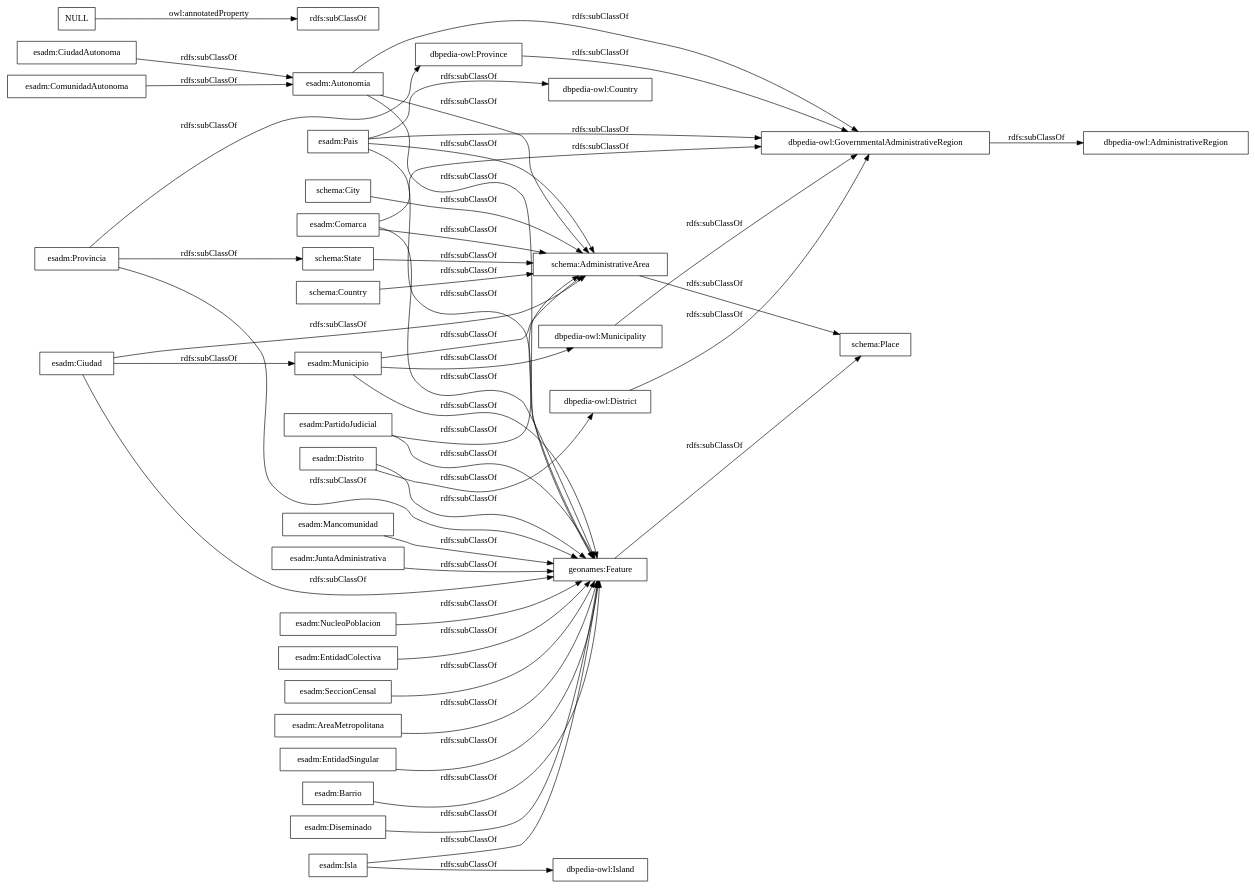
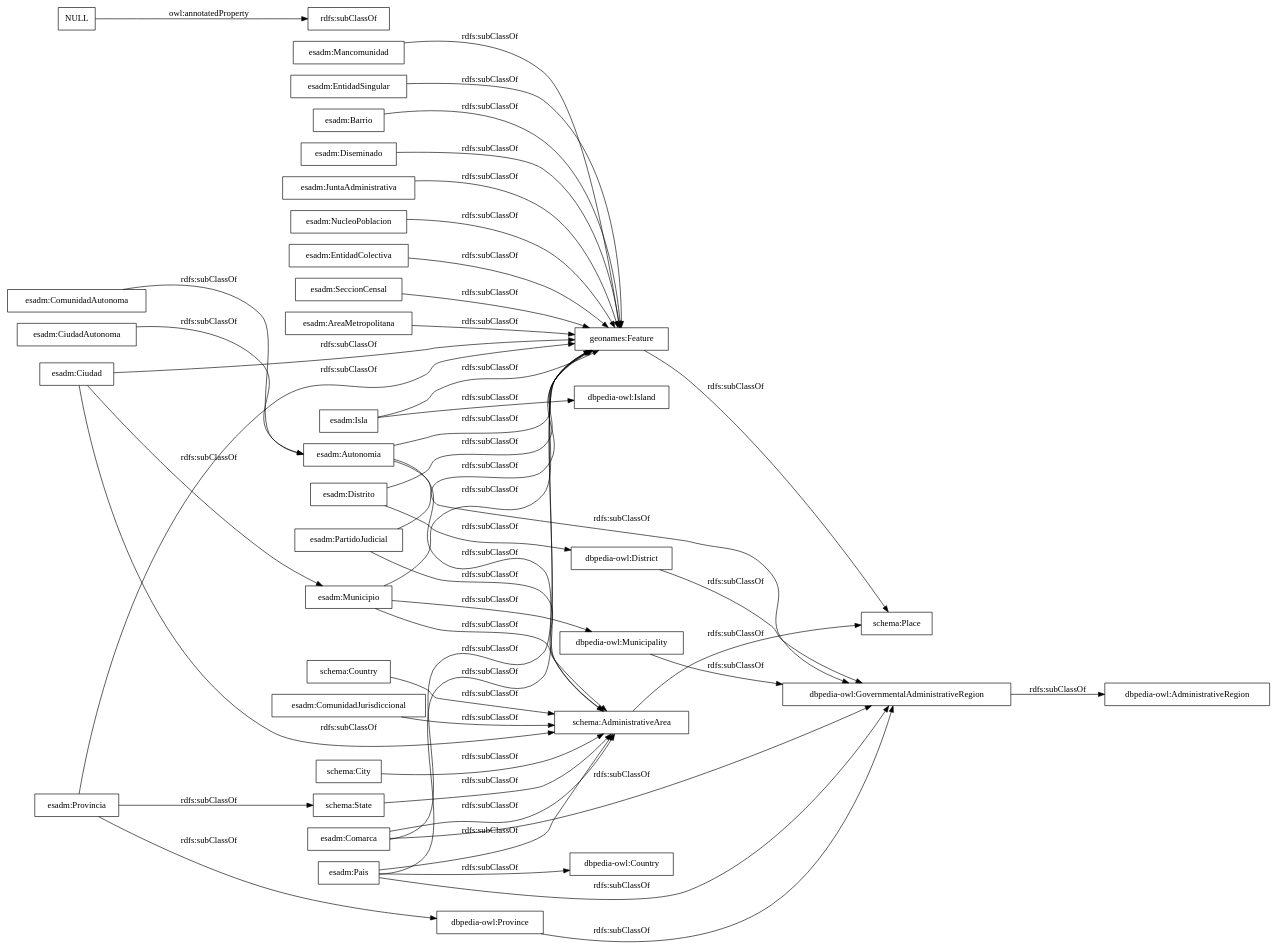
The diagram in OnToology/territorio.owl/diagrams/ar2dtool-taxonomy/territorio.owl.png.dot (opencitydata/sector-publico-territorio), drawn with Graphviz before and after one commit. The commit also changed 11 other files, not shown here.

```diff
--- a/OnToology/territorio.owl/diagrams/ar2dtool-taxonomy/territorio.owl.png.dot
+++ b/OnToology/territorio.owl/diagrams/ar2dtool-taxonomy/territorio.owl.png.dot
@@ -1,52 +1,53 @@
 digraph ar2dtool_diagram { 
 rankdir=LR;
 size="1000"
-node [shape = rectangle, color="black"]; "esadm:Mancomunidad" "esadm:Comarca" "esadm:Isla" "schema:State" "dbpedia-owl:AdministrativeRegion" "dbpedia-owl:Province" "schema:Country" "geonames:Feature" "esadm:EntidadSingular" "esadm:Municipio" "esadm:Pais" "schema:AdministrativeArea" "esadm:CiudadAutonoma" "esadm:Barrio" "dbpedia-owl:Country" "esadm:Diseminado" "esadm:JuntaAdministrativa" "schema:City" "esadm:NucleoPoblacion" "esadm:Provincia" "esadm:EntidadColectiva" "esadm:PartidoJudicial" "dbpedia-owl:GovernmentalAdministrativeRegion" "esadm:ComunidadAutonoma" "schema:Place" "esadm:Ciudad" "dbpedia-owl:District" "esadm:Autonomia" "dbpedia-owl:Island" "dbpedia-owl:Municipality" "esadm:Distrito" "esadm:SeccionCensal" "esadm:AreaMetropolitana" ; /*classes style*/
+node [shape = rectangle, color="black"]; "esadm:Mancomunidad" "esadm:Comarca" "esadm:Isla" "schema:State" "dbpedia-owl:AdministrativeRegion" "dbpedia-owl:Province" "schema:Country" "geonames:Feature" "esadm:EntidadSingular" "esadm:Municipio" "esadm:Pais" "esadm:ComunidadJurisdiccional" "schema:AdministrativeArea" "esadm:CiudadAutonoma" "esadm:Barrio" "dbpedia-owl:Country" "esadm:Diseminado" "esadm:JuntaAdministrativa" "schema:City" "esadm:NucleoPoblacion" "esadm:Provincia" "esadm:EntidadColectiva" "esadm:PartidoJudicial" "dbpedia-owl:GovernmentalAdministrativeRegion" "esadm:ComunidadAutonoma" "schema:Place" "esadm:Ciudad" "dbpedia-owl:District" "esadm:Autonomia" "dbpedia-owl:Island" "dbpedia-owl:Municipality" "esadm:Distrito" "esadm:SeccionCensal" "esadm:AreaMetropolitana" ; /*classes style*/
 	"esadm:Isla" -> "geonames:Feature" [ label = "rdfs:subClassOf" ];
 	"esadm:Isla" -> "dbpedia-owl:Island" [ label = "rdfs:subClassOf" ];
 	"NULL" -> "rdfs:subClassOf" [ label = "owl:annotatedProperty" ];
 	"esadm:Mancomunidad" -> "geonames:Feature" [ label = "rdfs:subClassOf" ];
 	"geonames:Feature" -> "schema:Place" [ label = "rdfs:subClassOf" ];
 	"esadm:Distrito" -> "geonames:Feature" [ label = "rdfs:subClassOf" ];
 	"esadm:Distrito" -> "dbpedia-owl:District" [ label = "rdfs:subClassOf" ];
 	"esadm:Municipio" -> "geonames:Feature" [ label = "rdfs:subClassOf" ];
 	"esadm:Municipio" -> "dbpedia-owl:Municipality" [ label = "rdfs:subClassOf" ];
 	"esadm:Municipio" -> "schema:AdministrativeArea" [ label = "rdfs:subClassOf" ];
 	"esadm:AreaMetropolitana" -> "geonames:Feature" [ label = "rdfs:subClassOf" ];
 	"esadm:Barrio" -> "geonames:Feature" [ label = "rdfs:subClassOf" ];
 	"esadm:Diseminado" -> "geonames:Feature" [ label = "rdfs:subClassOf" ];
 	"esadm:ComunidadAutonoma" -> "esadm:Autonomia" [ label = "rdfs:subClassOf" ];
 	"esadm:CiudadAutonoma" -> "esadm:Autonomia" [ label = "rdfs:subClassOf" ];
 	"esadm:NucleoPoblacion" -> "geonames:Feature" [ label = "rdfs:subClassOf" ];
 	"dbpedia-owl:GovernmentalAdministrativeRegion" -> "dbpedia-owl:AdministrativeRegion" [ label = "rdfs:subClassOf" ];
 	"esadm:Ciudad" -> "geonames:Feature" [ label = "rdfs:subClassOf" ];
 	"esadm:Ciudad" -> "esadm:Municipio" [ label = "rdfs:subClassOf" ];
 	"esadm:Ciudad" -> "schema:AdministrativeArea" [ label = "rdfs:subClassOf" ];
 	"esadm:Provincia" -> "dbpedia-owl:Province" [ label = "rdfs:subClassOf" ];
 	"esadm:Provincia" -> "geonames:Feature" [ label = "rdfs:subClassOf" ];
 	"esadm:Provincia" -> "schema:State" [ label = "rdfs:subClassOf" ];
 	"esadm:PartidoJudicial" -> "geonames:Feature" [ label = "rdfs:subClassOf" ];
 	"esadm:PartidoJudicial" -> "schema:AdministrativeArea" [ label = "rdfs:subClassOf" ];
 	"esadm:Pais" -> "geonames:Feature" [ label = "rdfs:subClassOf" ];
 	"esadm:Pais" -> "dbpedia-owl:Country" [ label = "rdfs:subClassOf" ];
 	"esadm:Pais" -> "dbpedia-owl:GovernmentalAdministrativeRegion" [ label = "rdfs:subClassOf" ];
 	"esadm:Pais" -> "schema:AdministrativeArea" [ label = "rdfs:subClassOf" ];
+	"esadm:ComunidadJurisdiccional" -> "schema:AdministrativeArea" [ label = "rdfs:subClassOf" ];
 	"schema:State" -> "schema:AdministrativeArea" [ label = "rdfs:subClassOf" ];
 	"esadm:EntidadColectiva" -> "geonames:Feature" [ label = "rdfs:subClassOf" ];
 	"esadm:Autonomia" -> "schema:AdministrativeArea" [ label = "rdfs:subClassOf" ];
 	"esadm:Autonomia" -> "dbpedia-owl:GovernmentalAdministrativeRegion" [ label = "rdfs:subClassOf" ];
 	"esadm:Autonomia" -> "geonames:Feature" [ label = "rdfs:subClassOf" ];
 	"schema:City" -> "schema:AdministrativeArea" [ label = "rdfs:subClassOf" ];
 	"dbpedia-owl:District" -> "dbpedia-owl:GovernmentalAdministrativeRegion" [ label = "rdfs:subClassOf" ];
 	"esadm:JuntaAdministrativa" -> "geonames:Feature" [ label = "rdfs:subClassOf" ];
 	"esadm:EntidadSingular" -> "geonames:Feature" [ label = "rdfs:subClassOf" ];
 	"schema:AdministrativeArea" -> "schema:Place" [ label = "rdfs:subClassOf" ];
 	"schema:Country" -> "schema:AdministrativeArea" [ label = "rdfs:subClassOf" ];
 	"esadm:SeccionCensal" -> "geonames:Feature" [ label = "rdfs:subClassOf" ];
 	"dbpedia-owl:Province" -> "dbpedia-owl:GovernmentalAdministrativeRegion" [ label = "rdfs:subClassOf" ];
 	"dbpedia-owl:Municipality" -> "dbpedia-owl:GovernmentalAdministrativeRegion" [ label = "rdfs:subClassOf" ];
 	"esadm:Comarca" -> "geonames:Feature" [ label = "rdfs:subClassOf" ];
 	"esadm:Comarca" -> "schema:AdministrativeArea" [ label = "rdfs:subClassOf" ];
 	"esadm:Comarca" -> "dbpedia-owl:GovernmentalAdministrativeRegion" [ label = "rdfs:subClassOf" ];
 
 }
```
